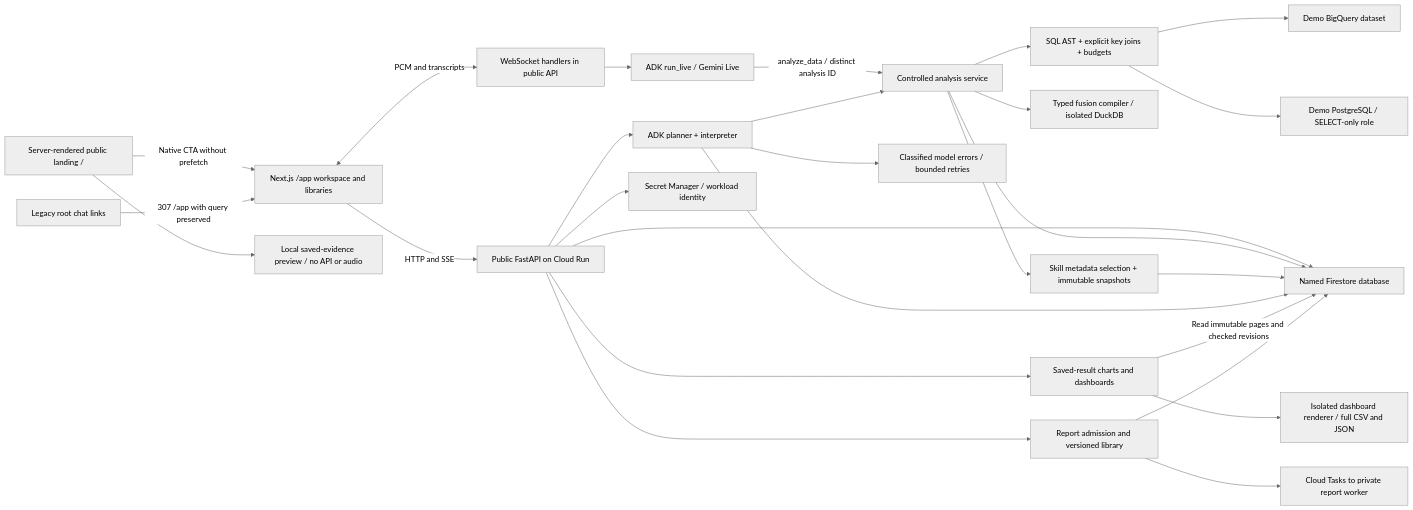
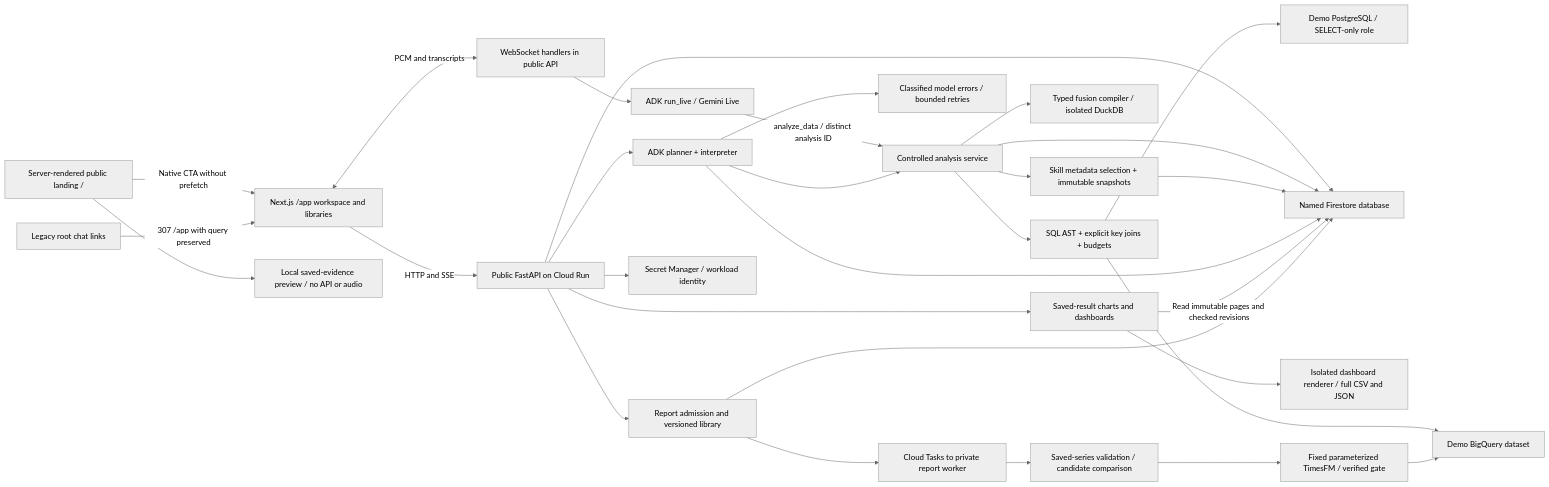
The first of 2 diagrams in docs/architecture.md (RusiruChathushanaka/querylane-agentic-bi), drawn with Mermaid (neutral theme) before and after one commit. The commit also changed other lines of this file and 58 other files, not shown here.

````diff
--- a/docs/architecture.md
+++ b/docs/architecture.md
@@ -9,29 +9,32 @@
 ```mermaid
 flowchart LR
     Landing[Server-rendered public landing /] -->|Native CTA without prefetch| Browser[Next.js /app workspace and libraries]
     Landing --> Preview[Local saved-evidence preview / no API or audio]
     Legacy[Legacy root chat links] -->|307 /app with query preserved| Browser
     Browser -->|HTTP and SSE| API[Public FastAPI on Cloud Run]
     Browser <-->|PCM and transcripts| Voice[WebSocket handlers in public API]
     API --> ADK[ADK planner + interpreter]
     Voice --> Live[ADK run_live / Gemini Live]
     Live -->|analyze_data / distinct analysis ID| Analysis[Controlled analysis service]
     ADK --> Failures[Classified model errors / bounded retries]
     ADK --> Analysis
     Analysis --> Guard[SQL AST + explicit key joins + budgets]
     Guard --> BQ[Demo BigQuery dataset]
     Guard --> PG[Demo PostgreSQL / SELECT-only role]
     Analysis --> Fusion[Typed fusion compiler / isolated DuckDB]
     API --> Store[Named Firestore database]
     Analysis --> Store
     Analysis --> Skills[Skill metadata selection + immutable snapshots]
     Skills --> Store
     ADK --> Store
     API --> Saved[Saved-result charts and dashboards]
     Saved -->|Read immutable pages and checked revisions| Store
     Saved --> Export[Isolated dashboard renderer / full CSV and JSON]
     API --> Reports[Report admission and versioned library]
     Reports --> Store
     Reports --> Dispatch[Cloud Tasks to private report worker]
+    Dispatch --> Comparison[Saved-series validation / candidate comparison]
+    Comparison --> TimesFM[Fixed parameterized TimesFM / verified gate]
+    TimesFM --> BQ
     API --> Secrets[Secret Manager / workload identity]
 ```
````
